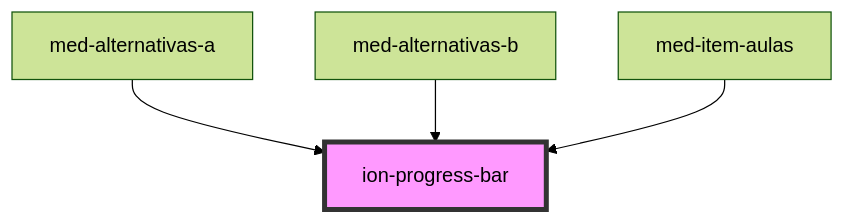
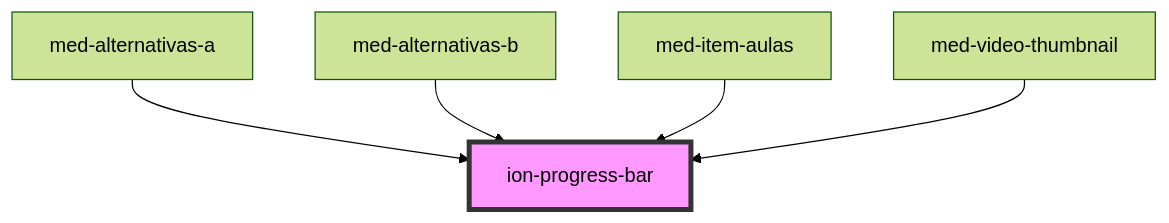
The diagram in core/src/components/progress-bar/readme.md (MEDGRUPOGIT/ionic-framework-1), drawn with Mermaid (forest theme) before and after one commit. The commit also changed other lines of this file and 142 other files, not shown here.

````diff
--- a/core/src/components/progress-bar/readme.md
+++ b/core/src/components/progress-bar/readme.md
@@ -175,7 +176,8 @@
 ```mermaid
 graph TD;
   med-alternativas-a --> ion-progress-bar
   med-alternativas-b --> ion-progress-bar
   med-item-aulas --> ion-progress-bar
+  med-video-thumbnail --> ion-progress-bar
   style ion-progress-bar fill:#f9f,stroke:#333,stroke-width:4px
 ```
````
